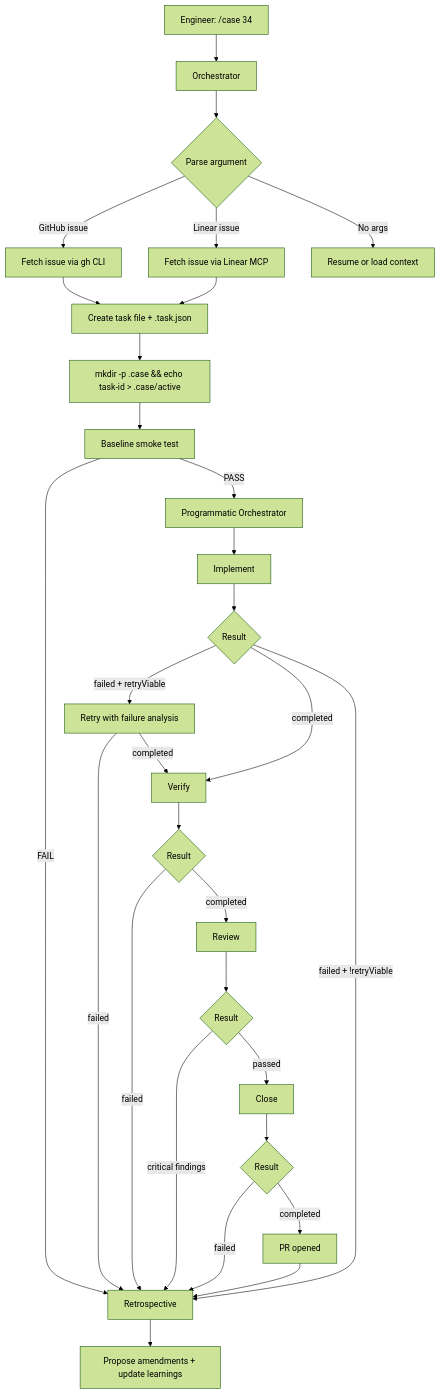
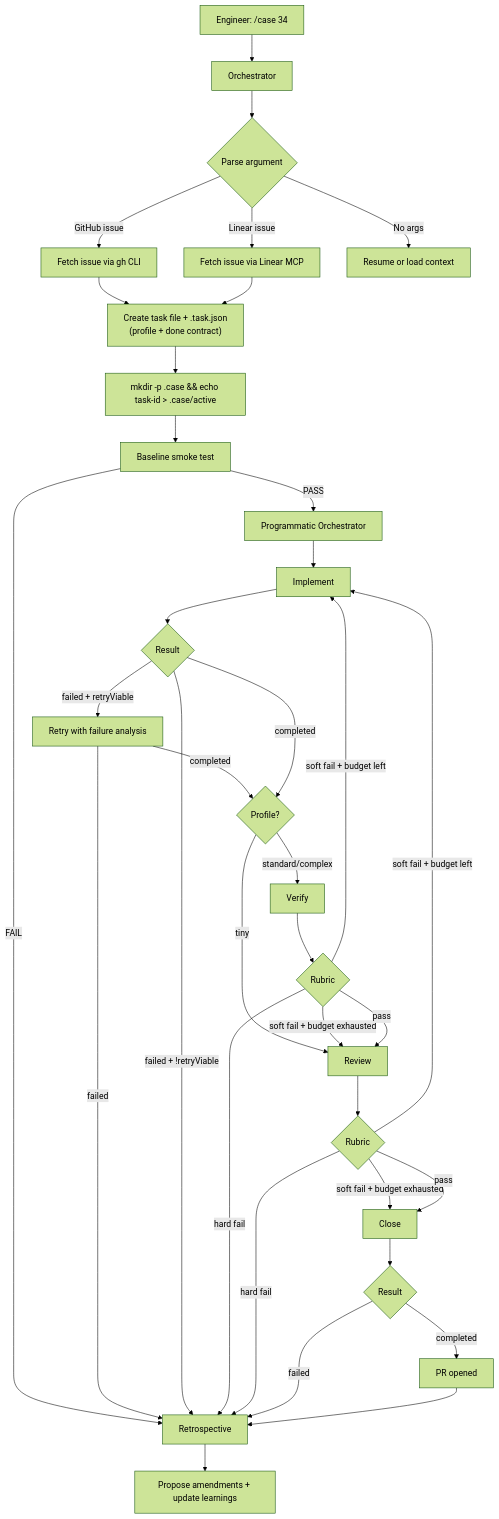
Before and after one commit to workos/case: the first of 2 diagrams in README.md, drawn with Mermaid (forest theme). The commit also changed other lines of this file, not shown here.

First line of the commit message:
docs(readme): update diagrams and listings for Harness 2.0 features

````diff
--- a/README.md
+++ b/README.md
@@ -13,38 +13,45 @@
 ```mermaid
 graph TD
     A["Engineer: /case 34"] --> B["Orchestrator"]
     B --> C{Parse argument}
     C -->|GitHub issue| D["Fetch issue via gh CLI"]
     C -->|Linear issue| E["Fetch issue via Linear MCP"]
     C -->|No args| F["Resume or load context"]
 
-    D --> G["Create task file + .task.json"]
+    D --> G["Create task file + .task.json\n(profile + done contract)"]
     E --> G
     G --> H["mkdir -p .case && echo task-id > .case/active"]
     H --> I["Baseline smoke test"]
     I -->|FAIL| RETRO["Retrospective"]
     I -->|PASS| ORCH["Programmatic Orchestrator"]
 
     ORCH --> J["Implement"]
     J --> K{"Result"}
     K -->|failed + retryViable| J2["Retry with failure analysis"]
     J2 -->|failed| RETRO
-    J2 -->|completed| L["Verify"]
+    J2 -->|completed| L{"Profile?"}
     K -->|completed| L
     K -->|failed + !retryViable| RETRO
 
-    L --> M{"Result"}
-    M -->|failed| RETRO
-    M -->|completed| N["Review"]
+    L -->|tiny| N["Review"]
+    L -->|standard/complex| M["Verify"]
 
-    N --> O{"Result"}
-    O -->|critical findings| RETRO
-    O -->|passed| P["Close"]
+    M --> MR{"Rubric"}
+    MR -->|hard fail| RETRO
+    MR -->|soft fail + budget left| J
+    MR -->|soft fail + budget exhausted| N
+    MR -->|pass| N
+
+    N --> O{"Rubric"}
+    O -->|hard fail| RETRO
+    O -->|soft fail + budget left| J
+    O -->|soft fail + budget exhausted| P["Close"]
+    O -->|pass| P
 
     P --> Q{"Result"}
     Q -->|failed| RETRO
     Q -->|completed| R["PR opened"]
 
     R --> RETRO
     RETRO --> S["Propose amendments + update learnings"]
 ```
````
